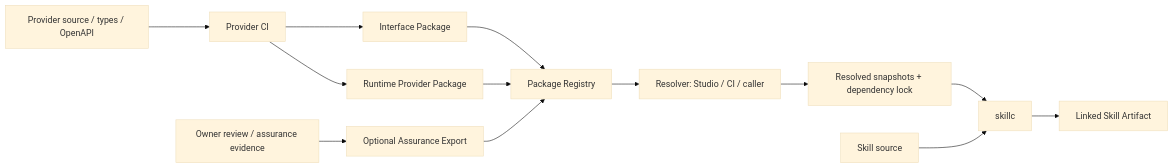
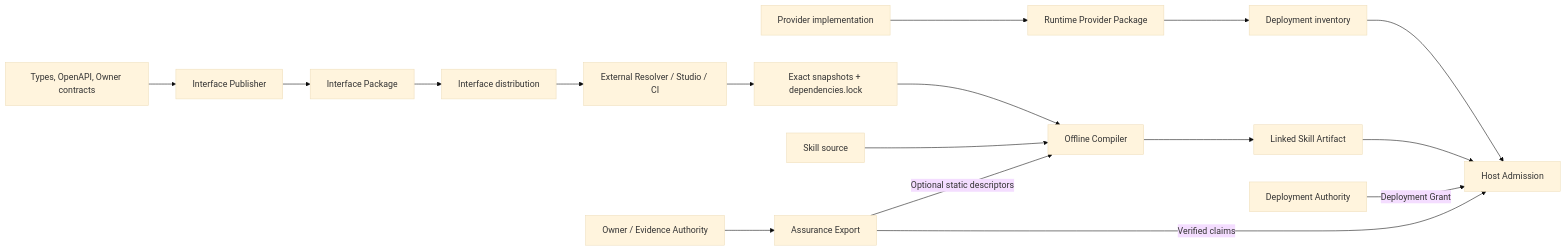
The first of 3 diagrams in docs/design/ca-toolchain-architecture-vnext.zh-CN.md (odango-chan/ca-skill-compiler), drawn with Mermaid (base theme) before and after one commit. The commit also changed other lines of this file and 1 other file, not shown here.

Commit message:
Specify next-generation toolchain contracts and migration

```diff
--- a/docs/design/ca-toolchain-architecture-vnext.zh-CN.md
+++ b/docs/design/ca-toolchain-architecture-vnext.zh-CN.md
@@ -160,15 +17,19 @@
 ~~~mermaid
 flowchart LR
-    SRC["Provider source / types / OpenAPI"] --> CI["Provider CI"]
-    CI --> IFACE["Interface Package"]
-    CI --> RUNTIME["Runtime Provider Package"]
-    OWNER["Owner review / assurance evidence"] --> ASSURE["Optional Assurance Export"]
-    IFACE --> REG["Package Registry"]
-    RUNTIME --> REG
-    ASSURE --> REG
-    REG --> RESOLVER["Resolver: Studio / CI / caller"]
-    RESOLVER --> LOCK["Resolved snapshots + dependency lock"]
-    LOCK --> COMPILER["skillc"]
-    SKILL["Skill source"] --> COMPILER
-    COMPILER --> ARTIFACT["Linked Skill Artifact"]
+    SRC["Types, OpenAPI, Owner contracts"] --> PUB["Interface Publisher"]
+    PUB --> IP["Interface Package"]
+    IMPL["Provider implementation"] --> RP["Runtime Provider Package"]
+    IP --> IR["Interface distribution"]
+    IR --> RES["External Resolver / Studio / CI"]
+    RES --> IN["Exact snapshots + dependencies.lock"]
+    IN --> C["Offline Compiler"]
+    SK["Skill source"] --> C
+    C --> ART["Linked Skill Artifact"]
+    RP --> DEP["Deployment inventory"]
+    EA["Owner / Evidence Authority"] --> AE["Assurance Export"]
+    AE -->|Optional static descriptors| C
+    AE -->|Verified claims| H["Host Admission"]
+    ART --> H
+    DEP --> H
+    DA["Deployment Authority"] -->|Deployment Grant| H
 ~~~
```
